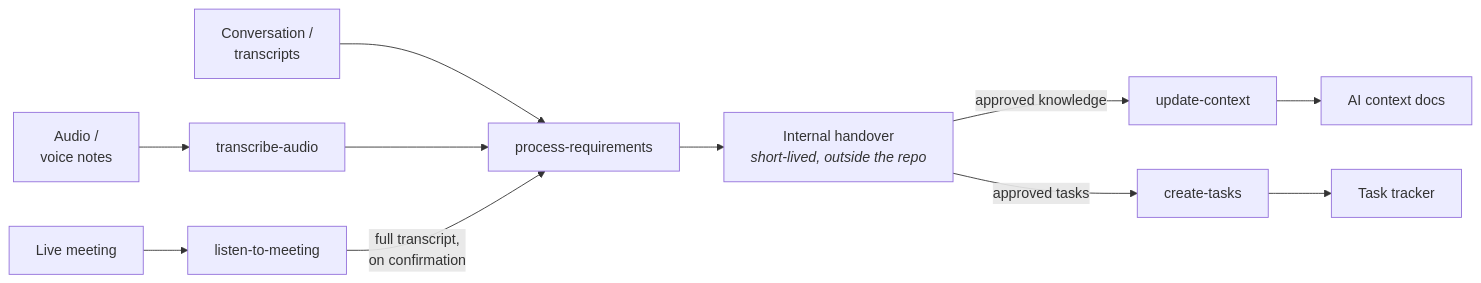
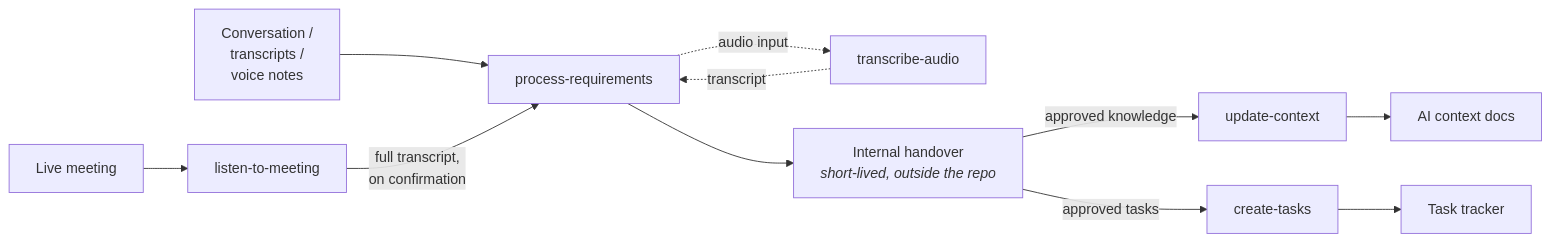
One commit to quiram/winnow changed the diagram in README.md. Above: the diagram before and after it, drawn with Mermaid. The commit also changed other lines of this file and 2 other files, not shown here.

Commit message:
Address PR review: present-state prose, observable silence criteria, transparent audio delegation

````diff
--- a/README.md
+++ b/README.md
@@ -21,13 +21,13 @@
 ```mermaid
 flowchart LR
-    A[Conversation /<br/>transcripts] --> P[process-requirements]
-    V[Audio /<br/>voice notes] --> TA[transcribe-audio]
-    TA --> P
+    A[Conversation /<br/>transcripts /<br/>voice notes] --> P[process-requirements]
     M[Live meeting] --> L[listen-to-meeting]
     L -->|full transcript,<br/>on confirmation| P
+    P -.->|audio input| TA[transcribe-audio]
+    TA -.->|transcript| P
     P --> F[Internal handover<br/><i>short-lived, outside the repo</i>]
     F -->|approved knowledge| C[update-context]
     F -->|approved tasks| T[create-tasks]
     C --> D[AI context docs]
     T --> K[Task tracker]
 ```
````
